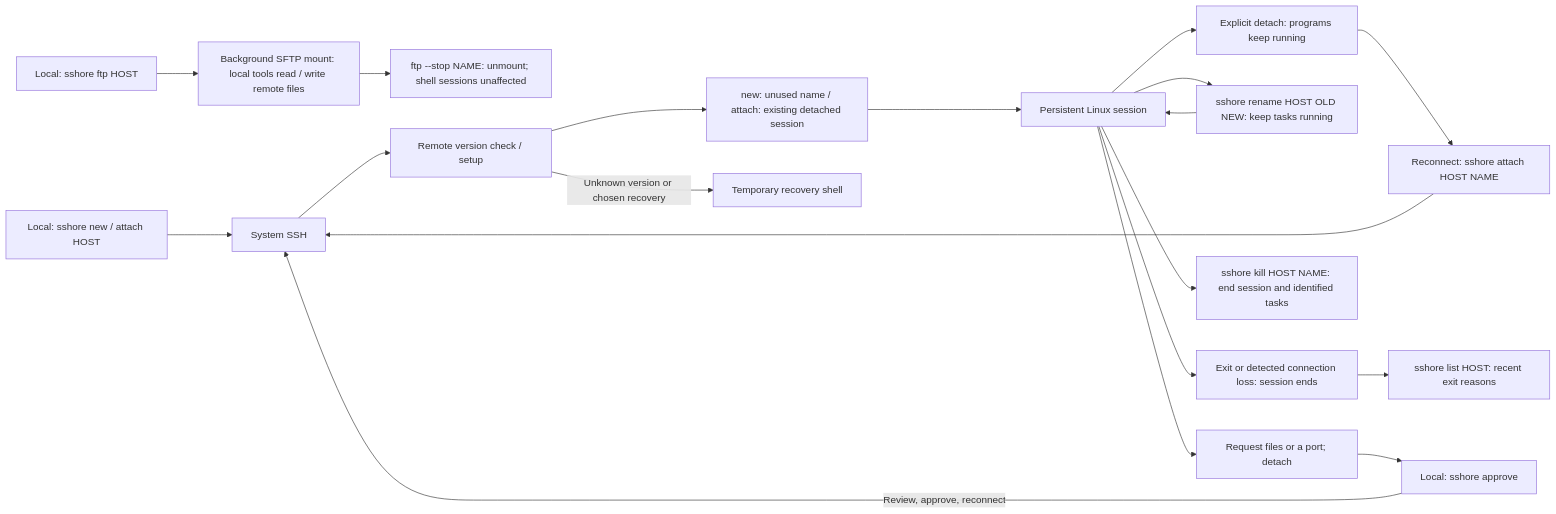
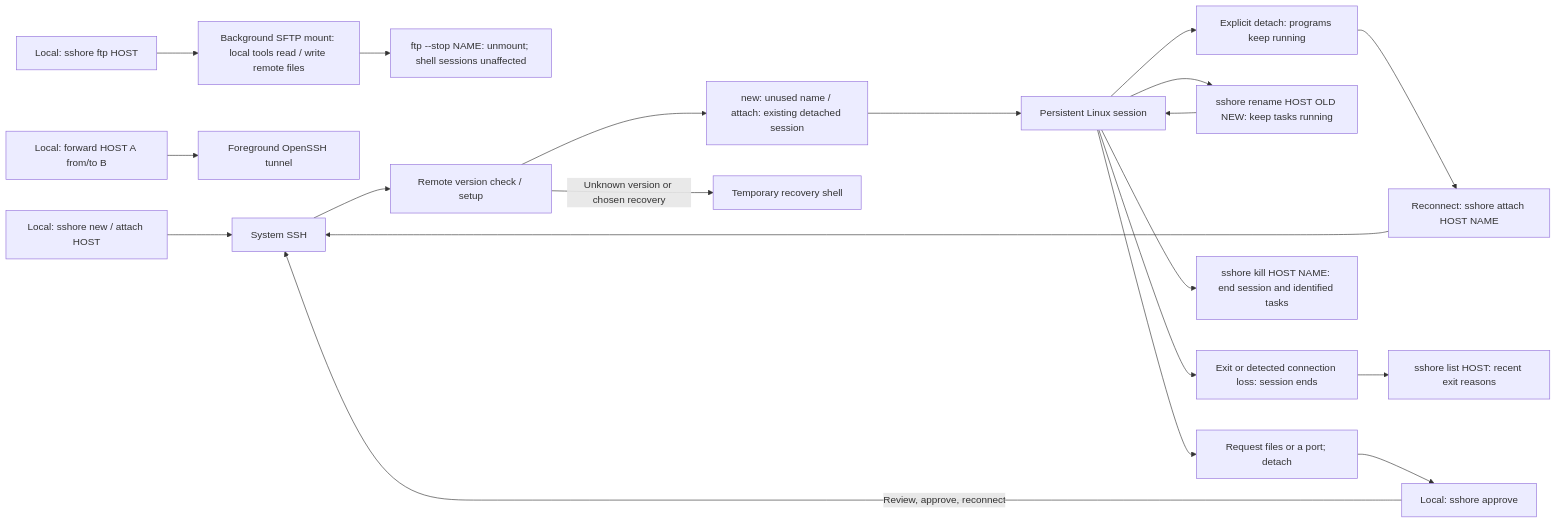
Before and after one commit to jay-waves/sshore: the diagram in README.md, drawn with Mermaid. The commit also changed other lines of this file and 14 other files, not shown here.

````diff
--- a/README.md
+++ b/README.md
@@ -29,21 +29,22 @@
 ```mermaid
 flowchart LR
     ftp["Local: sshore ftp HOST"] --> mount["Background SFTP mount: local tools read / write remote files"]
     mount --> unmount["ftp --stop NAME: unmount; shell sessions unaffected"]
+    directforward["Local: forward HOST A from/to B"] --> tunnel["Foreground OpenSSH tunnel"]
     local["Local: sshore new / attach HOST"] --> ssh["System SSH"]
     ssh --> setup["Remote version check / setup"]
     setup --> select["new: unused name / attach: existing detached session"]
     select --> session["Persistent Linux session"]
     setup -->|"Unknown version or chosen recovery"| recovery["Temporary recovery shell"]
     session --> detach["Explicit detach: programs keep running"]
     session --> renamed["sshore rename HOST OLD NEW: keep tasks running"]
     renamed --> session
     session --> ended["Exit or detected connection loss: session ends"]
     ended --> history["sshore list HOST: recent exit reasons"]
     session --> killed["sshore kill HOST NAME: end session and identified tasks"]
     detach --> resume["Reconnect: sshore attach HOST NAME"]
     resume --> ssh
     session --> request["Request files or a port; detach"]
     request --> approve["Local: sshore approve"]
     approve -->|"Review, approve, reconnect"| ssh
 ```
````
